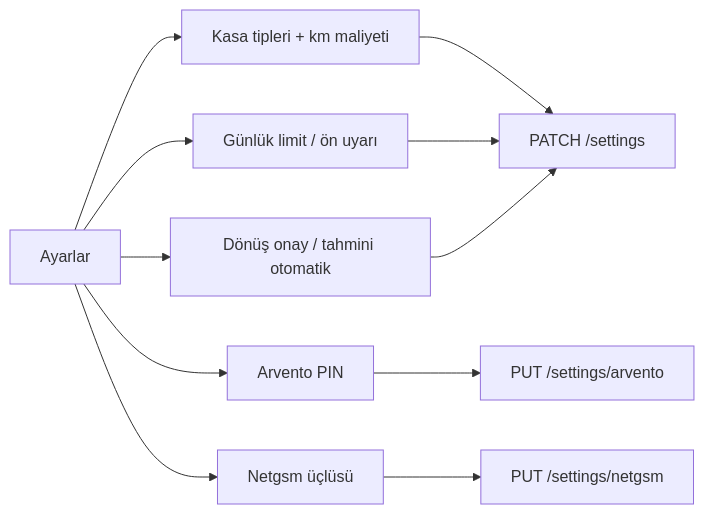
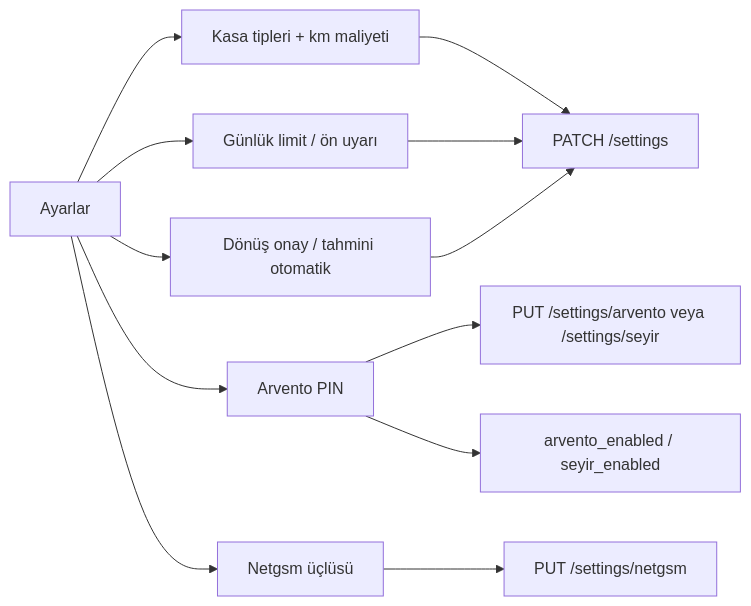
One commit to muslumcanozata/backhaul changed diagram 13 of 15 in docs/workflow.md. Above: the diagram before and after it, drawn with Mermaid. The commit also changed other lines of this file and 40 other files, not shown here.

````diff
--- a/docs/workflow.md
+++ b/docs/workflow.md
@@ -323,13 +323,14 @@
 ```mermaid
 flowchart LR
   A[Ayarlar] --> C[Kasa tipleri + km maliyeti]
   A --> T[Günlük limit / ön uyarı]
   A --> F[Dönüş onay / tahmini otomatik]
   A --> R[Arvento PIN]
   A --> N[Netgsm üçlüsü]
   C --> Patch[PATCH /settings]
   T --> Patch
   F --> Patch
-  R --> PutA[PUT /settings/arvento]
+  R --> PutA[PUT /settings/arvento veya /settings/seyir]
+  R --> Sw[arvento_enabled / seyir_enabled]
   N --> PutN[PUT /settings/netgsm]
 ```
````
